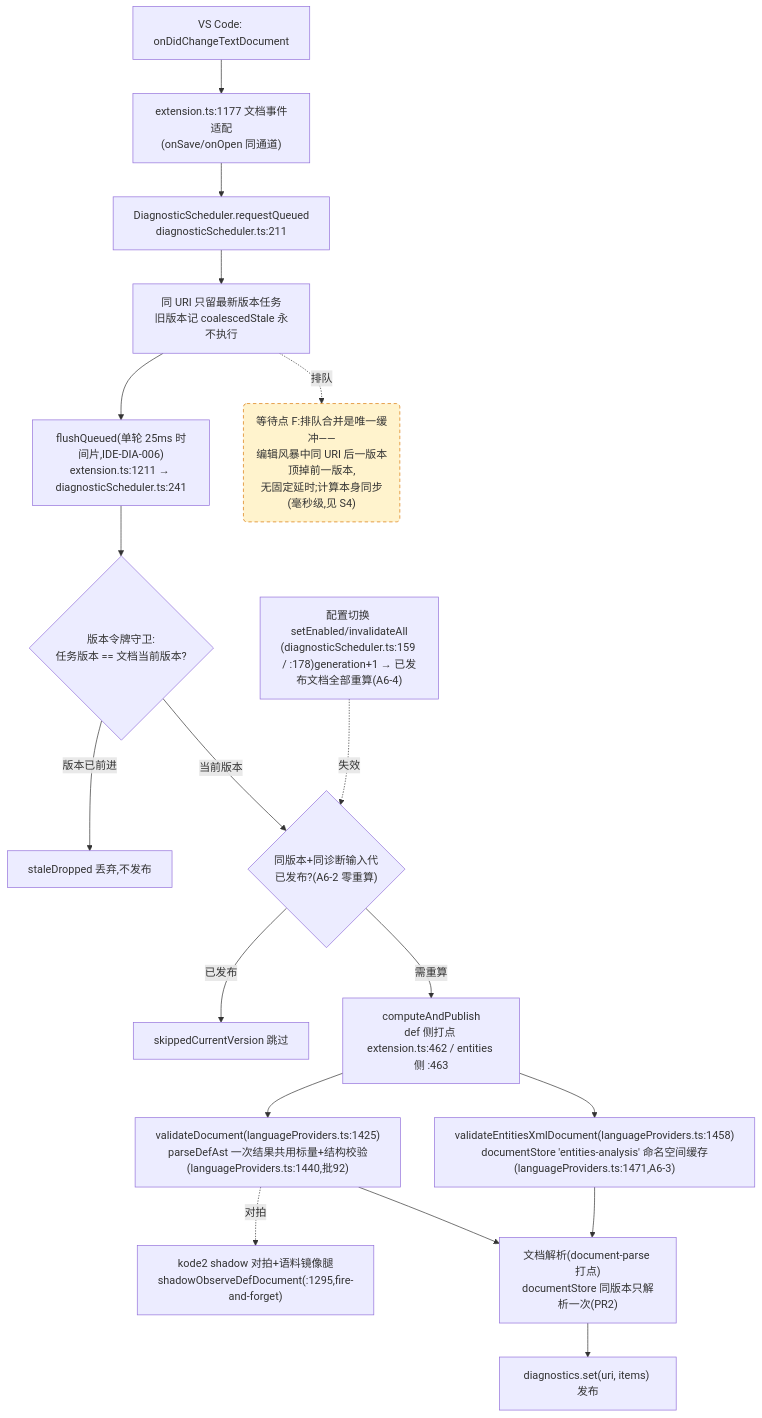
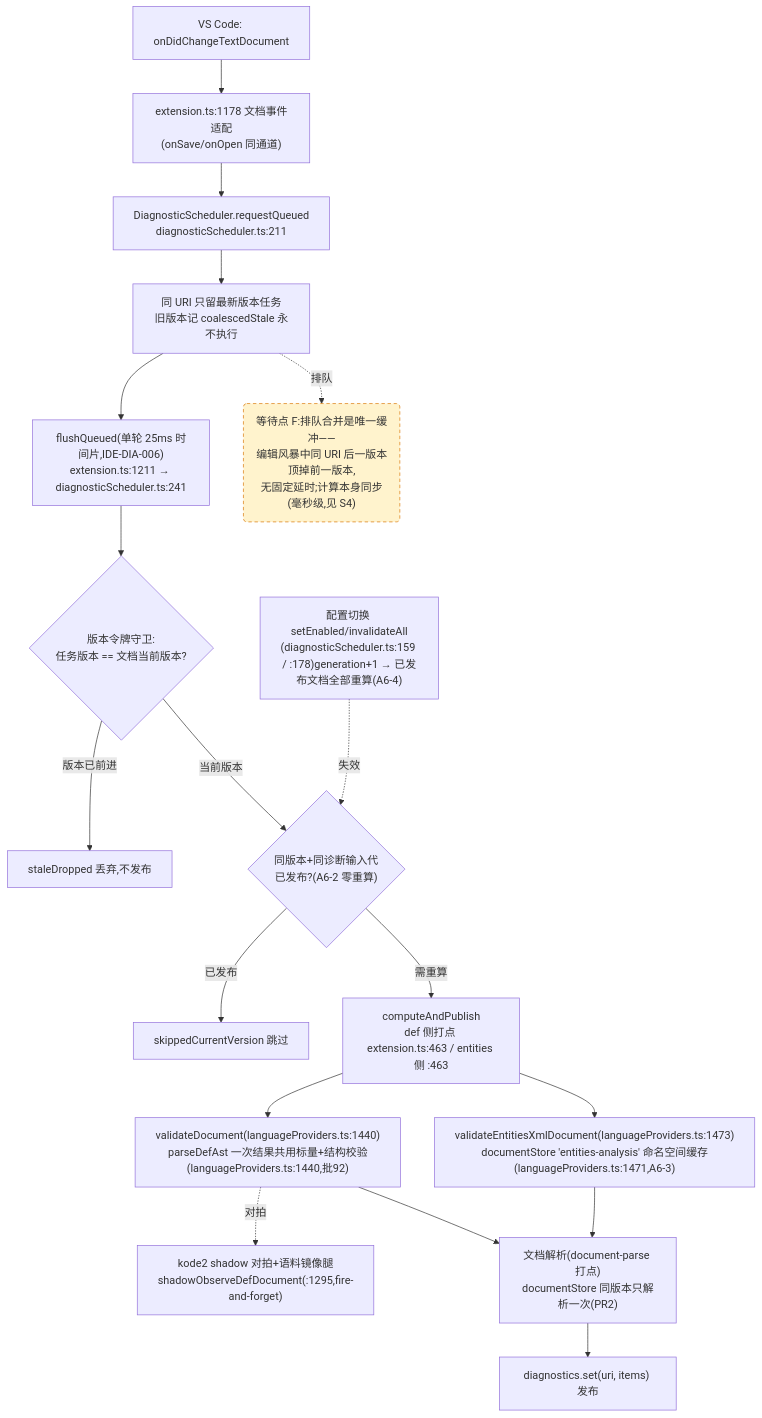
The fourth of 4 diagrams in docs/perf/2026-baseline.md (cuihairu/kode), drawn with Mermaid before and after one commit. The commit also changed other lines of this file and 14 other files, not shown here.

````diff
--- a/docs/perf/2026-baseline.md
+++ b/docs/perf/2026-baseline.md
@@ -214,38 +214,38 @@
 ```mermaid
 flowchart TD
   CHG["VS Code: onDidChangeTextDocument"]
-  WATCH["extension.ts:1177 文档事件适配<br/>(onSave/onOpen 同通道)"]
+  WATCH["extension.ts:1178 文档事件适配<br/>(onSave/onOpen 同通道)"]
   RQ["DiagnosticScheduler.requestQueued<br/>diagnosticScheduler.ts:211"]
   CO["同 URI 只留最新版本任务<br/>旧版本记 coalescedStale 永不执行"]
   FL["flushQueued(单轮 25ms 时间片,IDE-DIA-006)<br/>extension.ts:1211 → diagnosticScheduler.ts:241"]
   VG{"版本令牌守卫:<br/>任务版本 == 文档当前版本?"}
   DROP["staleDropped 丢弃,不发布"]
   GEN{"同版本+同诊断输入代<br/>已发布?(A6-2 零重算)"}
   SKIP["skippedCurrentVersion 跳过"]
-  CALC["computeAndPublish<br/>def 侧打点 extension.ts:462 / entities 侧 :463"]
-  VD["validateDocument(languageProviders.ts:1425)<br/>parseDefAst 一次结果共用标量+结构校验(languageProviders.ts:1440,批92)"]
-  VEX["validateEntitiesXmlDocument(languageProviders.ts:1458)<br/>documentStore 'entities-analysis' 命名空间缓存(languageProviders.ts:1471,A6-3)"]
+  CALC["computeAndPublish<br/>def 侧打点 extension.ts:463 / entities 侧 :463"]
+  VD["validateDocument(languageProviders.ts:1440)<br/>parseDefAst 一次结果共用标量+结构校验(languageProviders.ts:1440,批92)"]
+  VEX["validateEntitiesXmlDocument(languageProviders.ts:1473)<br/>documentStore 'entities-analysis' 命名空间缓存(languageProviders.ts:1471,A6-3)"]
   SHDD["kode2 shadow 对拍+语料镜像腿<br/>shadowObserveDefDocument(:1295,fire-and-forget)"]
   DS["文档解析(document-parse 打点)<br/>documentStore 同版本只解析一次(PR2)"]
   PUB["diagnostics.set(uri, items) 发布"]
   CFG2["配置切换 setEnabled/invalidateAll<br/>(diagnosticScheduler.ts:159 / :178)generation+1 → 已发布文档全部重算(A6-4)"]
 
   CHG --> WATCH --> RQ --> CO --> FL --> VG
   VG -- "版本已前进" --> DROP
   VG -- "当前版本" --> GEN
   GEN -- "已发布" --> SKIP
   GEN -- "需重算" --> CALC
   CALC --> VD
   CALC --> VEX
   VD --> DS
   VEX --> DS
   DS --> PUB
   VD -.->|对拍| SHDD
   CFG2 -.->|失效| GEN
 
   WAITF("等待点 F:排队合并是唯一缓冲——<br/>编辑风暴中同 URI 后一版本顶掉前一版本,<br/>无固定延时;计算本身同步(毫秒级,见 S4)")
   CO -.->|排队| WAITF
 
   classDef waitPoint fill:#fff3cd,stroke:#d97706,stroke-dasharray:5 4;
   class WAITF waitPoint;
 ```
````
